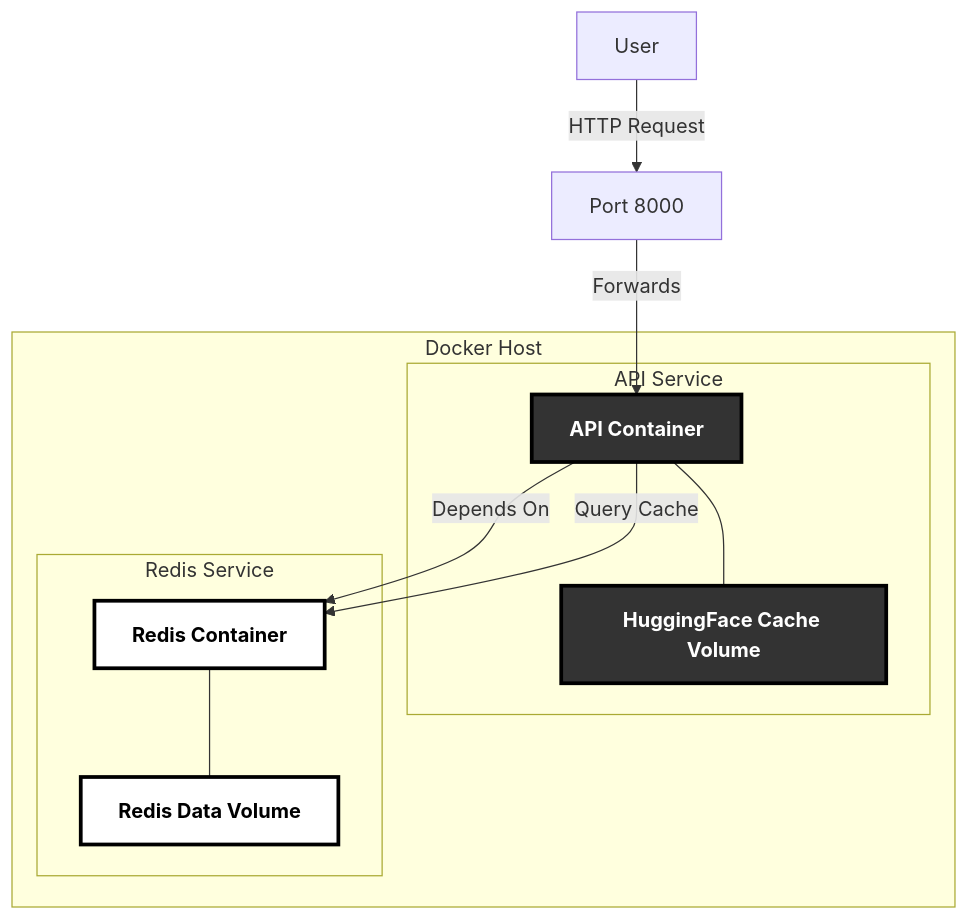
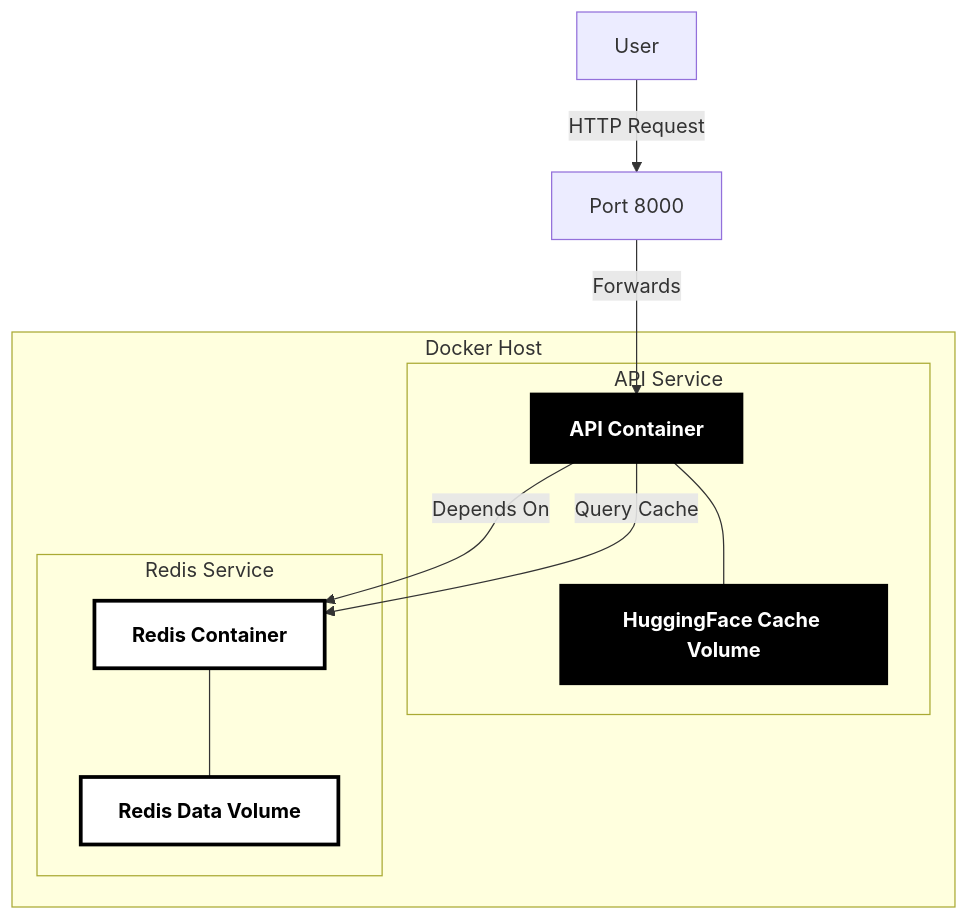
One commit to SoundMindsAI/ai_examples changed the fourth of 5 diagrams in An_LLM_Query_Understanding_Service/README.md. Above: the diagram before and after it, drawn with Mermaid. The commit also changed other lines of this file, not shown here.

Commit message:
Update Mermaid diagram styles and add subgraph classes for better visualization

````diff
--- a/An_LLM_Query_Understanding_Service/README.md
+++ b/An_LLM_Query_Understanding_Service/README.md
@@ -176,27 +185,27 @@
 ```mermaid
 graph TB
     User[User] -->|HTTP Request| Port8000[Port 8000]
     Port8000 -->|Forwards| APIContainer[API Container]
     APIContainer -->|Depends On| RedisContainer[Redis Container]
     
     subgraph "Docker Host"
         subgraph "API Service"
             APIContainer
             Volume1[HuggingFace Cache Volume]
             APIContainer --- Volume1
         end
         
         subgraph "Redis Service"
             RedisContainer
             Volume2[Redis Data Volume]
             RedisContainer --- Volume2
         end
     end
     
     APIContainer -->|Query Cache| RedisContainer
     
-    style APIContainer fill:#333,stroke:#000,stroke-width:3px,color:#fff,font-weight:bold
-    style RedisContainer fill:white,stroke:#000,stroke-width:3px,color:#000,font-weight:bold
-    style Volume1 fill:#333,stroke:#000,stroke-width:3px,color:#fff,font-weight:bold
-    style Volume2 fill:white,stroke:#000,stroke-width:3px,color:#000,font-weight:bold
+    style APIContainer fill:black,stroke:black,stroke-width:3px,color:white,font-weight:bold
+    style RedisContainer fill:white,stroke:black,stroke-width:3px,color:black,font-weight:bold
+    style Volume1 fill:black,stroke:black,stroke-width:3px,color:white,font-weight:bold
+    style Volume2 fill:white,stroke:black,stroke-width:3px,color:black,font-weight:bold
 ```
````
